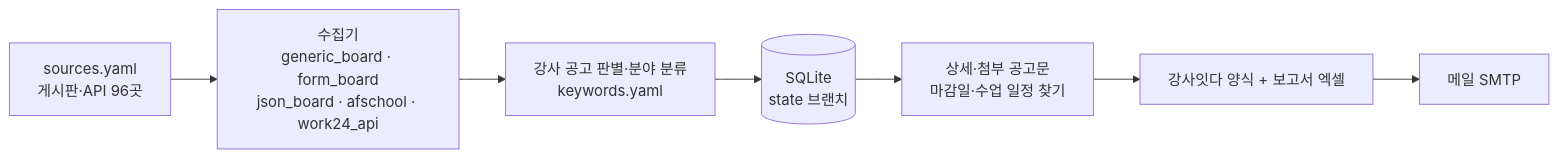
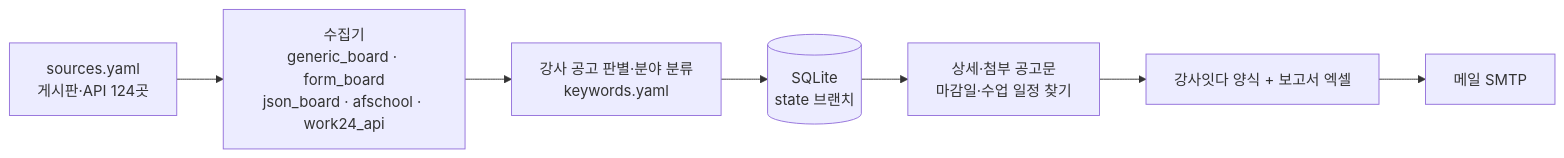
One commit to thskal17-sudo/busan-school-company changed the diagram in docs/DESIGN.md. Above: the diagram before and after it, drawn with Mermaid. The commit also changed other lines of this file and 7 other files, not shown here.

````diff
--- a/docs/DESIGN.md
+++ b/docs/DESIGN.md
@@ -29,9 +29,9 @@
 ```mermaid
 flowchart LR
-    S[sources.yaml<br/>게시판·API 96곳] --> C[수집기<br/>generic_board · form_board<br/>json_board · afschool · work24_api]
+    S[sources.yaml<br/>게시판·API 124곳] --> C[수집기<br/>generic_board · form_board<br/>json_board · afschool · work24_api]
     C --> F[강사 공고 판별·분야 분류<br/>keywords.yaml]
     F --> D[(SQLite<br/>state 브랜치)]
     D --> I[상세·첨부 공고문<br/>마감일·수업 일정 찾기]
     I --> X[강사잇다 양식 + 보고서 엑셀]
     X --> M[메일 SMTP]
 ```
````
